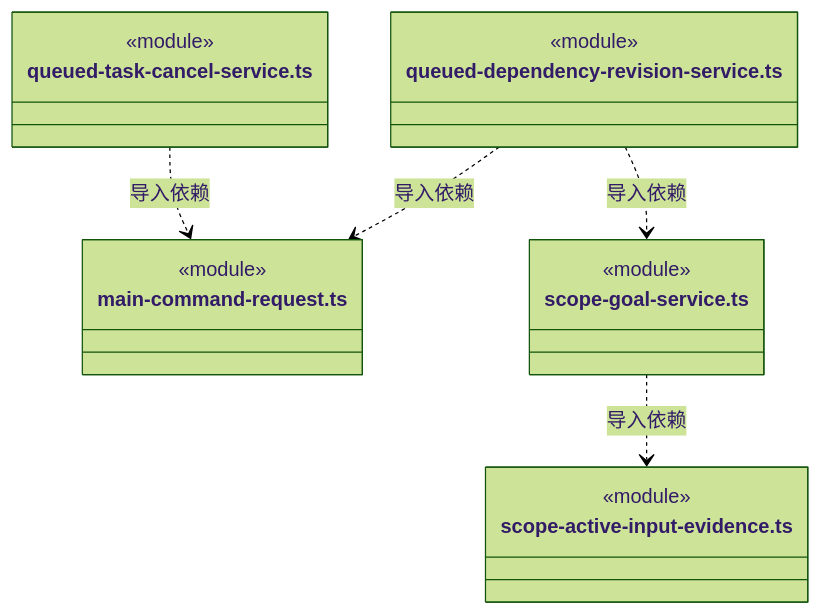
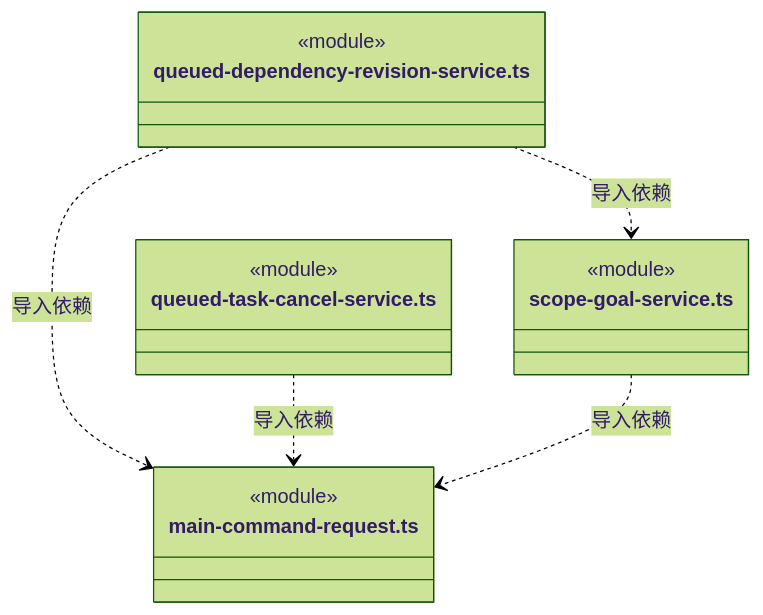
Diagram 23 of 25 in src/logic/tasks/runtime/ARCHITECTURE.md (nan023062/cbim), drawn with Mermaid (forest theme) before and after one commit. The commit also changed other lines of this file and 112 other files, not shown here.

Commit message:
docs: align source architecture with current declarations and contracts

````diff
--- a/src/logic/tasks/runtime/ARCHITECTURE.md
+++ b/src/logic/tasks/runtime/ARCHITECTURE.md
@@ -678,22 +678,19 @@
 ```mermaid
 classDiagram
 class N_src_logic_tasks_runtime_queued_dependency_revision_service_ts["queued-dependency-revision-service.ts"] {
   <<module>>
 }
 class N_src_logic_tasks_runtime_main_command_request_ts["main-command-request.ts"] {
   <<module>>
 }
 class N_src_logic_tasks_runtime_scope_goal_service_ts["scope-goal-service.ts"] {
   <<module>>
 }
 class N_src_logic_tasks_runtime_queued_task_cancel_service_ts["queued-task-cancel-service.ts"] {
   <<module>>
 }
-class N_src_logic_tasks_runtime_scope_active_input_evidence_ts["scope-active-input-evidence.ts"] {
-  <<module>>
-}
 N_src_logic_tasks_runtime_queued_dependency_revision_service_ts ..> N_src_logic_tasks_runtime_main_command_request_ts : 导入依赖
 N_src_logic_tasks_runtime_queued_dependency_revision_service_ts ..> N_src_logic_tasks_runtime_scope_goal_service_ts : 导入依赖
 N_src_logic_tasks_runtime_queued_task_cancel_service_ts ..> N_src_logic_tasks_runtime_main_command_request_ts : 导入依赖
-N_src_logic_tasks_runtime_scope_goal_service_ts ..> N_src_logic_tasks_runtime_scope_active_input_evidence_ts : 导入依赖
+N_src_logic_tasks_runtime_scope_goal_service_ts ..> N_src_logic_tasks_runtime_main_command_request_ts : 导入依赖
 ```
````
